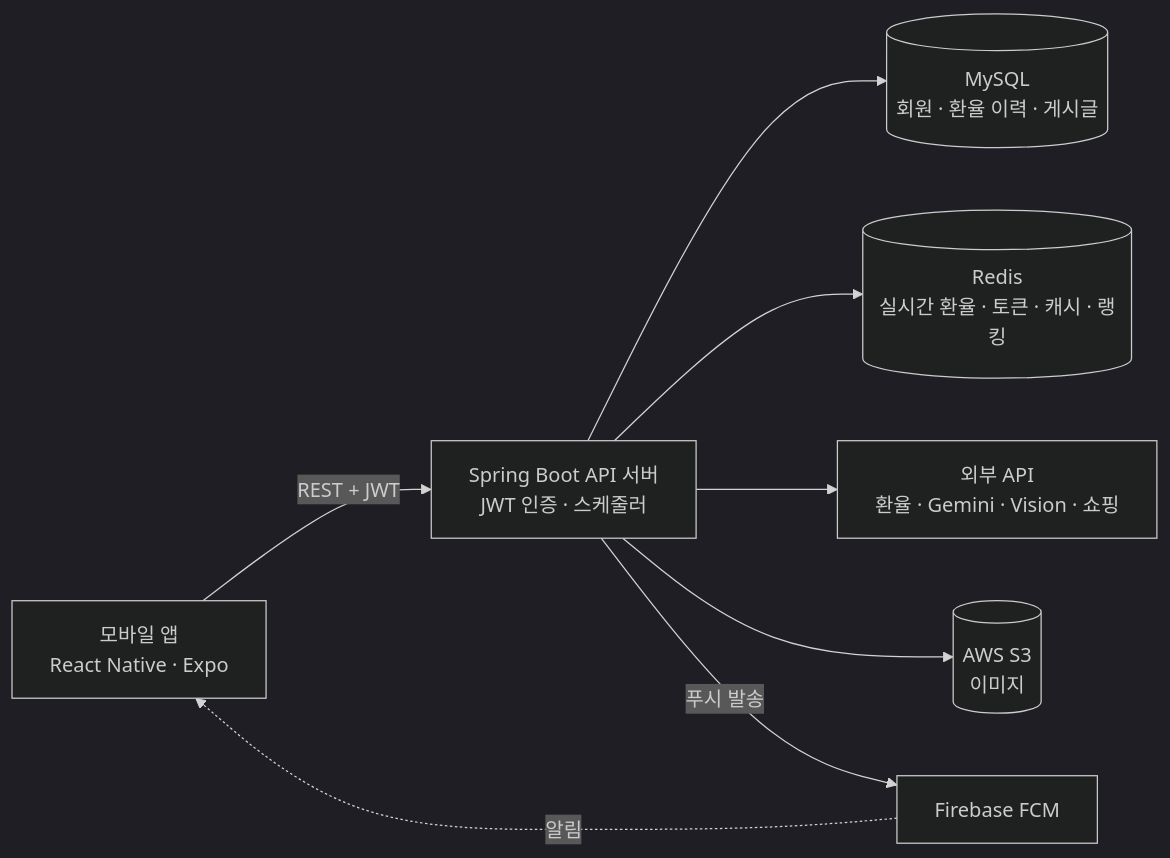
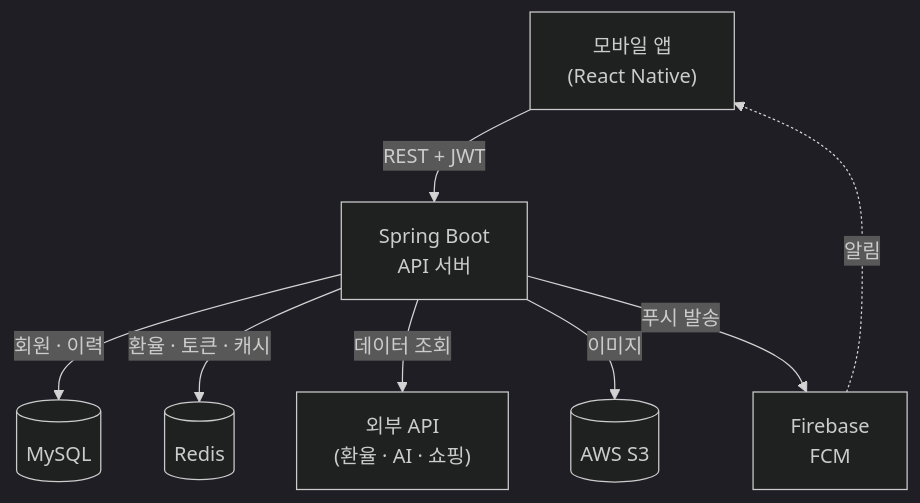
The first of 3 diagrams in README.md (piggy-project/piggy-backend), drawn with Mermaid (dark theme) before and after one commit. The commit also changed other lines of this file, not shown here.

````diff
--- a/README.md
+++ b/README.md
@@ -31,18 +31,18 @@
 ```mermaid
-flowchart LR
-    App["모바일 앱<br/>React Native · Expo"]
-    API["Spring Boot API 서버<br/>JWT 인증 · 스케줄러"]
-    MySQL[("MySQL<br/>회원 · 환율 이력 · 게시글")]
-    Redis[("Redis<br/>실시간 환율 · 토큰 · 캐시 · 랭킹")]
-    Ext["외부 API<br/>환율 · Gemini · Vision · 쇼핑"]
-    FCM["Firebase FCM"]
-    S3[("AWS S3<br/>이미지")]
+flowchart TB
+    App["모바일 앱<br/>(React Native)"]
+    API["Spring Boot<br/>API 서버"]
+    MySQL[("MySQL")]
+    Redis[("Redis")]
+    Ext["외부 API<br/>(환율 · AI · 쇼핑)"]
+    FCM["Firebase<br/>FCM"]
+    S3[("AWS S3")]
 
     App -- "REST + JWT" --> API
-    API --> MySQL
-    API --> Redis
-    API --> Ext
-    API --> S3
+    API -- "회원 · 이력" --> MySQL
+    API -- "환율 · 토큰 · 캐시" --> Redis
+    API -- "데이터 조회" --> Ext
+    API -- "이미지" --> S3
     API -- "푸시 발송" --> FCM
     FCM -. "알림" .-> App
 ```
````
